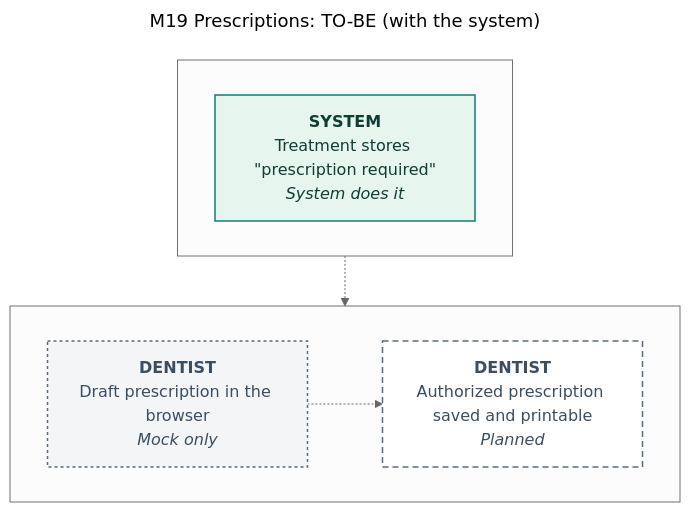
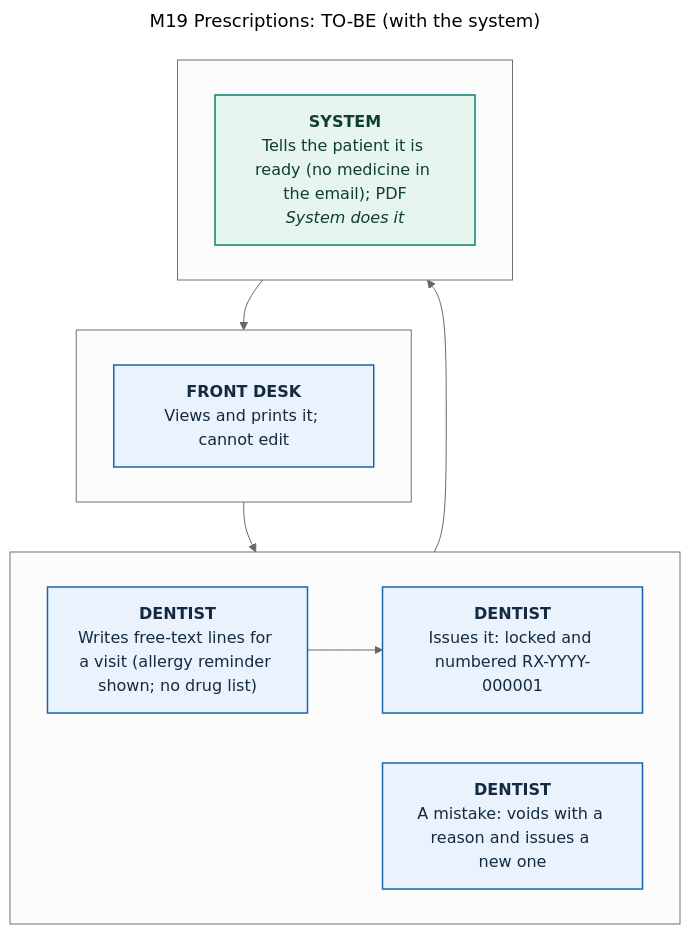
Before and after one commit to 0phem/multibranch-dental-clinic: the diagram in docs/defense/diagrams/M19-prescriptions-to-be.mmd, drawn with Mermaid (neutral theme). The commit also changed 27 other files, not shown here.

Commit message:
docs: M19 and M20 implemented — statuses, TO-BE diagrams and process PDF, interview questions (prescriptions, license number, follow-ups, tooth numbering), open items 30–31, panel Q56–59, demo moment 3h, roadmap slide for M12/M24, pending migrations (item 18)

```diff
--- a/docs/defense/diagrams/M19-prescriptions-to-be.mmd
+++ b/docs/defense/diagrams/M19-prescriptions-to-be.mmd
@@ -1,21 +1,28 @@
 ---
 title: "M19 Prescriptions: TO-BE (with the system)"
 ---
 flowchart TB
+    subgraph L1[" "]
+    direction LR
+      S3["<b>FRONT DESK</b><br/>Views and prints it; cannot edit"]:::manual
+    end
     subgraph L2[" "]
     direction LR
-      S1["<b>DENTIST</b><br/>Draft prescription in the browser<br/><i>Mock only</i>"]:::mock
-      S2["<b>DENTIST</b><br/>Authorized prescription saved and printable<br/><i>Planned</i>"]:::planned
+      S0["<b>DENTIST</b><br/>Writes free-text lines for a visit (allergy reminder shown; no drug list)"]:::manual
+      S1["<b>DENTIST</b><br/>Issues it: locked and numbered RX-YYYY-000001"]:::manual
+      S4["<b>DENTIST</b><br/>A mistake: voids with a reason and issues a new one"]:::manual
     end
     subgraph L4[" "]
     direction LR
-      S0["<b>SYSTEM</b><br/>Treatment stores #quot;prescription required#quot;<br/><i>System does it</i>"]:::auto
+      S2["<b>SYSTEM</b><br/>Tells the patient it is ready (no medicine in the email); PDF<br/><i>System does it</i>"]:::auto
     end
-    S0 -.-> S1
-    S1 -.-> S2
+    S0 --> S1
+    S1 --> S2
+    S2 --> S3
+    S3 --> S4
     classDef cited fill:#eaf3fd,stroke:#1865ac,color:#142a40,stroke-width:1.5px
     classDef confirm fill:#fffaf0,stroke:#b26a00,color:#5e3c00,stroke-width:1.5px,stroke-dasharray:6 4
     classDef auto fill:#e6f5ee,stroke:#0c7f75,color:#0f3d33,stroke-width:1.5px
     classDef manual fill:#eaf3fd,stroke:#1865ac,color:#142a40,stroke-width:1.5px
     classDef mock fill:#f3f5f7,stroke:#5a6b7d,color:#3a4e63,stroke-width:1.5px,stroke-dasharray:3 3
     classDef planned fill:#ffffff,stroke:#5a6b7d,color:#3a4e63,stroke-width:1.5px,stroke-dasharray:6 4
```
